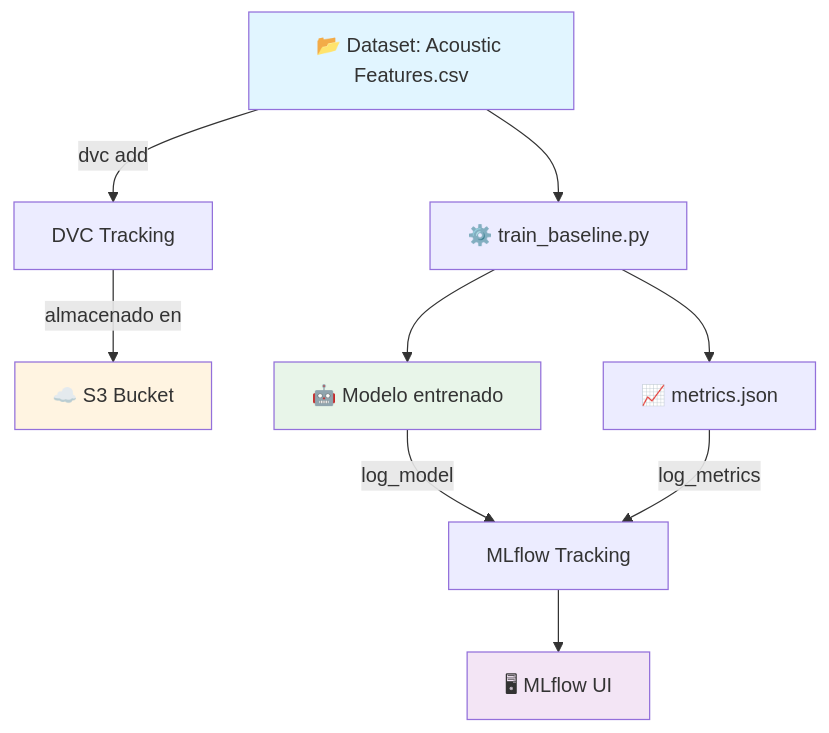
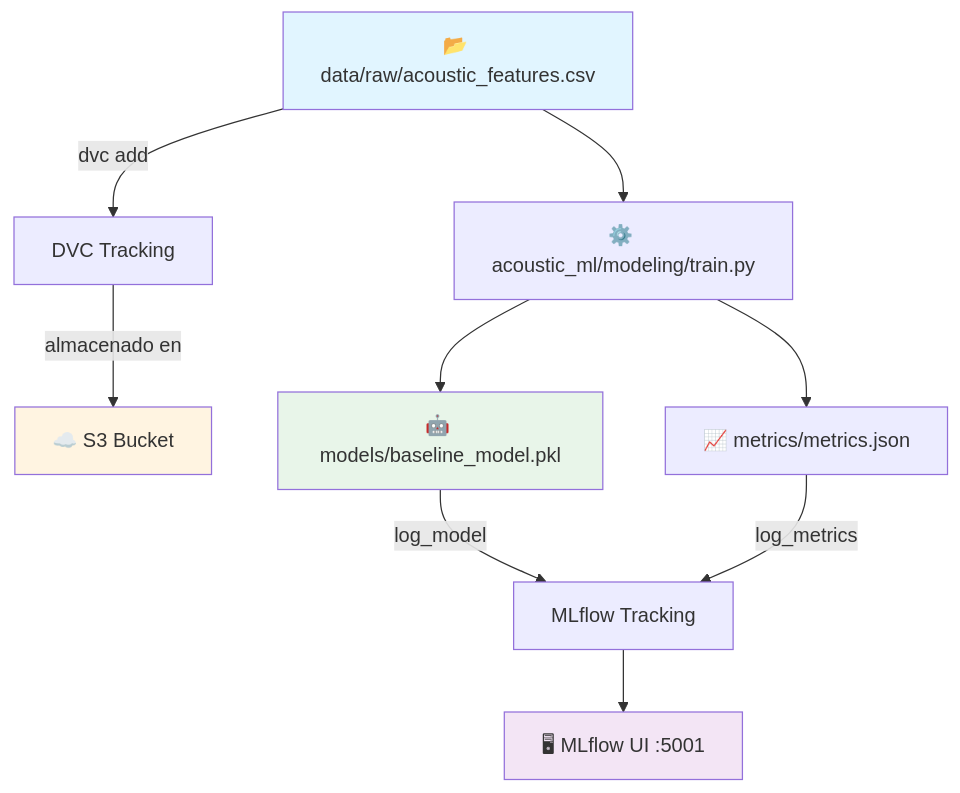
Before and after one commit to jrebull/MLOps_Team24: the diagram in README.md, drawn with Mermaid. The commit also changed other lines of this file, not shown here.

````diff
--- a/README.md
+++ b/README.md
@@ -281,16 +460,16 @@
 ```mermaid
 flowchart TD
-    A[📂 Dataset: Acoustic Features.csv] -->|dvc add| B[DVC Tracking]
+    A[📂 data/raw/acoustic_features.csv] -->|dvc add| B[DVC Tracking]
     B -->|almacenado en| C[☁️ S3 Bucket]
-    A --> D[⚙️ train_baseline.py]
-    D --> E[🤖 Modelo entrenado]
-    D --> F[📈 metrics.json]
+    A --> D[⚙️ acoustic_ml/modeling/train.py]
+    D --> E[🤖 models/baseline_model.pkl]
+    D --> F[📈 metrics/metrics.json]
     E -->|log_model| G[MLflow Tracking]
     F -->|log_metrics| G
-    G --> H[🖥 MLflow UI]
+    G --> H[🖥 MLflow UI :5001]
     
     style A fill:#e1f5ff
     style C fill:#fff4e1
     style E fill:#e8f5e9
     style H fill:#f3e5f5
 ```
````
